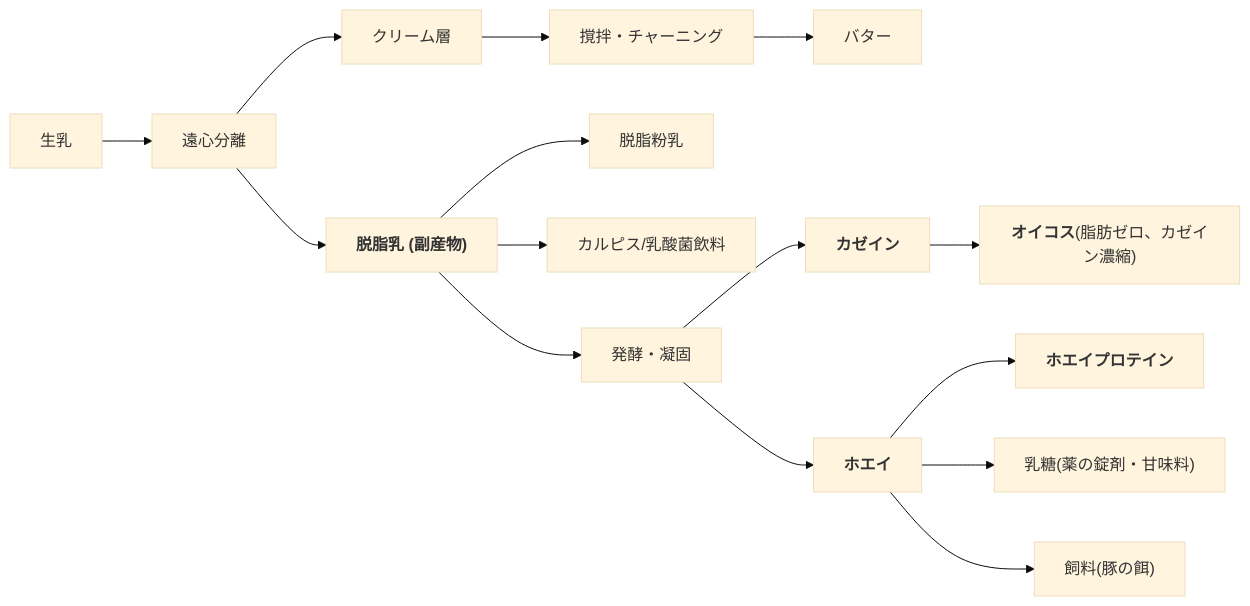
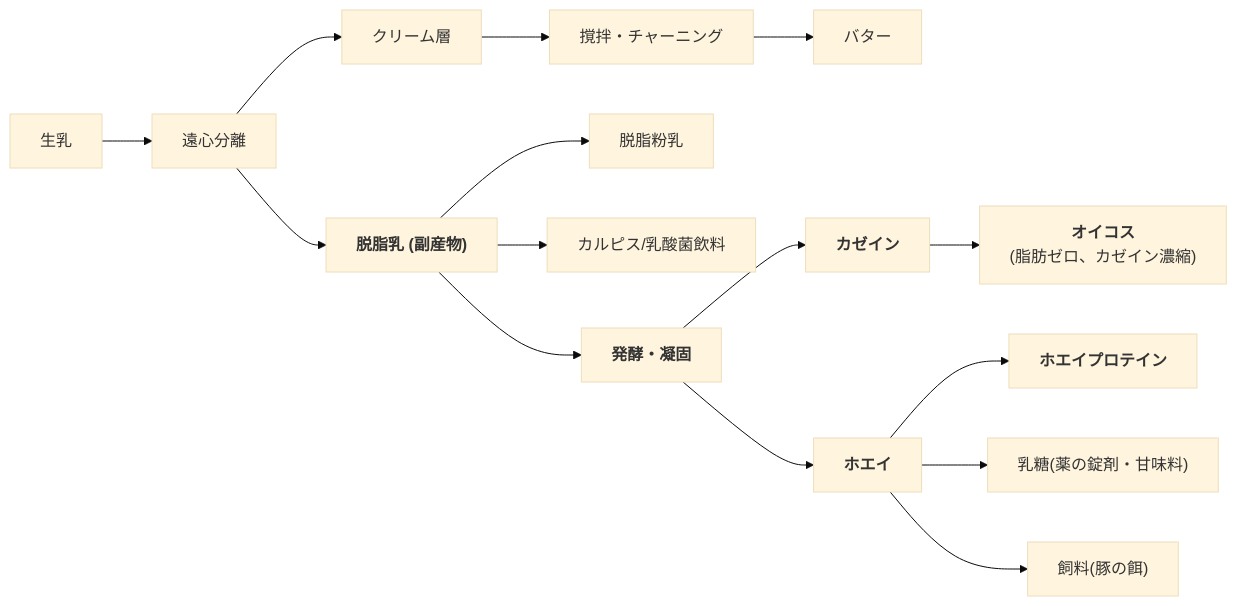
The first of 2 diagrams in README.md (ussyi-git/-), drawn with Mermaid (base theme) before and after one commit.

````diff
--- a/README.md
+++ b/README.md
@@ -1,23 +1,23 @@
 ```mermaid
 graph LR
 Milk["生乳"]-->Separator["遠心分離"]
 %% --- クリーム側の流れ ---
 Separator-->Cream["クリーム層"]
 Cream-->ButterProcess["撹拌・チャーニング"]
 ButterProcess-->Butter["バター"]
 %% --- 脱脂乳側の流れ ---
 Separator-->SkimMilk["<b>脱脂乳 (副産物)</b>"]
 %% そのまま加工
 SkimMilk-->Powder["脱脂粉乳"]
 SkimMilk-->Calpis["カルピス/乳酸菌飲料"]
 %% 発酵プロセスへ
-SkimMilk-->Ferment["発酵・凝固"]
+SkimMilk-->Ferment["<b>発酵・凝固</b>"]
 %% 固形分（カゼイン）の行方
 Ferment-->Curd["<b>カゼイン</b>"]
-Curd-->Oikos["<b>オイコス</b>(脂肪ゼロ、カゼイン濃縮)"]
+Curd-->Oikos["<b>オイコス</b><br>(脂肪ゼロ、カゼイン濃縮)"]
 %% 液体（ホエイ）の行方
 Ferment-->Whey["<b>ホエイ</b>"]
 Whey-->WPC_WPI["<b>ホエイプロテイン</b>"]
 Whey-->Lactose["乳糖(薬の錠剤・甘味料)"]
 Whey-->Cooking["飼料(豚の餌)"]
 ```
````
